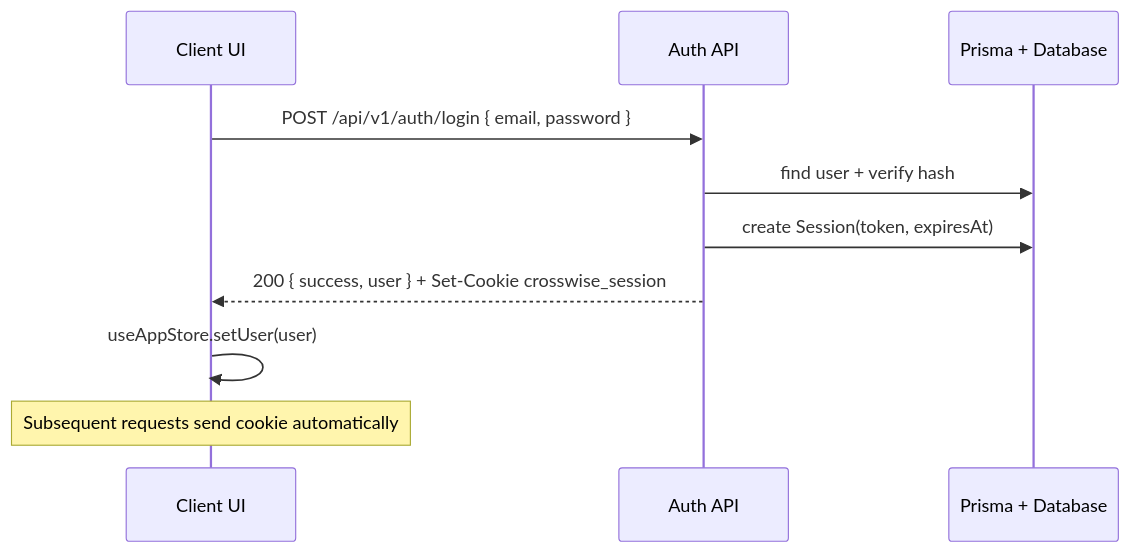
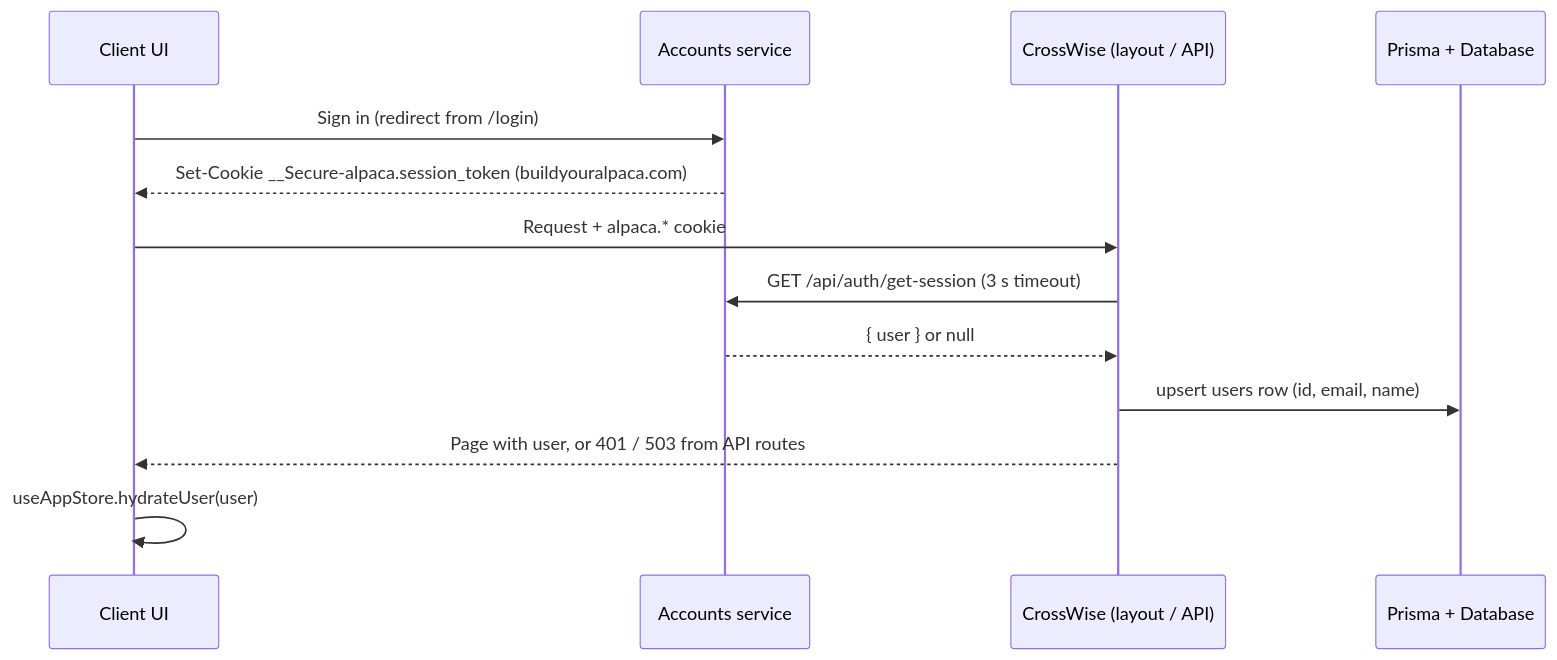
Before and after one commit to dragondad22/CrossWise: the first of 4 diagrams in docs/data-flow.md, drawn with Mermaid. The commit also changed other lines of this file and 73 other files, not shown here.

First line of the commit message:
feat(auth)!: use shared Build Your Alpaca accounts for sign-in (#128)

````diff
--- a/docs/data-flow.md
+++ b/docs/data-flow.md
@@ -7,13 +8,16 @@
 ```mermaid
 sequenceDiagram
     participant UI as Client UI
-    participant API as Auth API
+    participant Accounts as Accounts service
+    participant CW as CrossWise (layout / API)
     participant DB as Prisma + Database
 
-    UI->>API: POST /api/v1/auth/login { email, password }
-    API->>DB: find user + verify hash
-    API->>DB: create Session(token, expiresAt)
-    API-->>UI: 200 { success, user } + Set-Cookie crosswise_session
-    UI->>UI: useAppStore.setUser(user)
-    Note over UI: Subsequent requests send cookie automatically
+    UI->>Accounts: Sign in (redirect from /login)
+    Accounts-->>UI: Set-Cookie __Secure-alpaca.session_token (buildyouralpaca.com)
+    UI->>CW: Request + alpaca.* cookie
+    CW->>Accounts: GET /api/auth/get-session (3 s timeout)
+    Accounts-->>CW: { user } or null
+    CW->>DB: upsert users row (id, email, name)
+    CW-->>UI: Page with user, or 401 / 503 from API routes
+    UI->>UI: useAppStore.hydrateUser(user)
 ```
````
